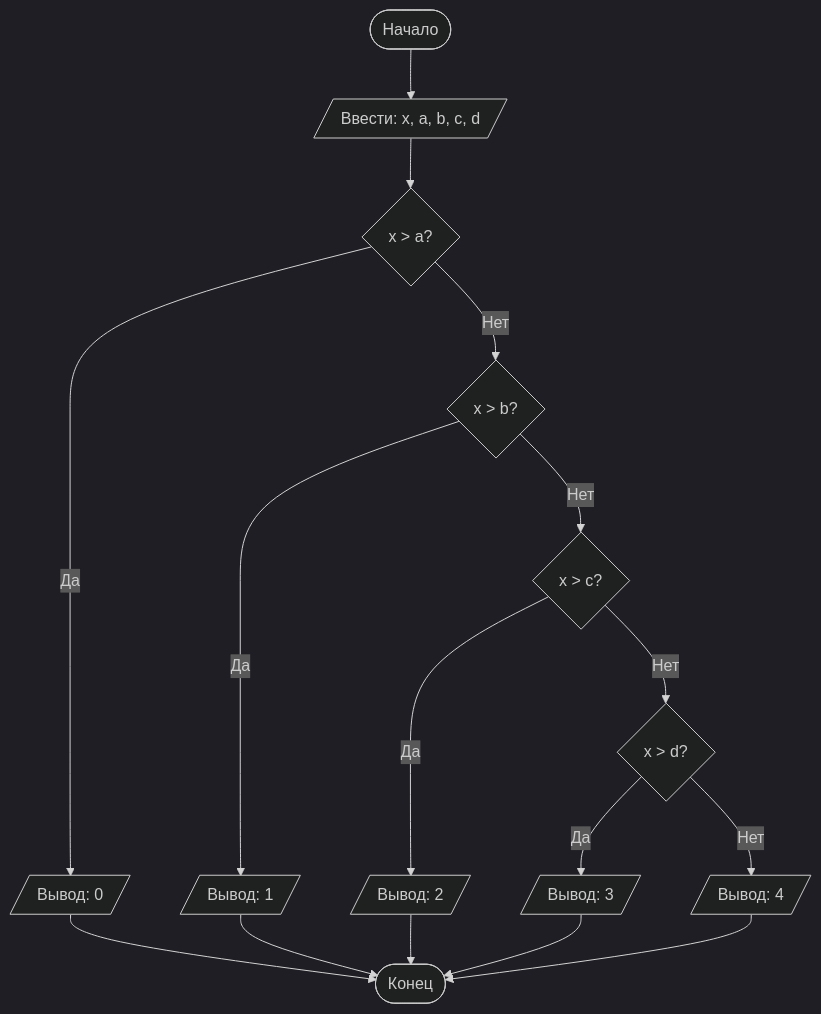
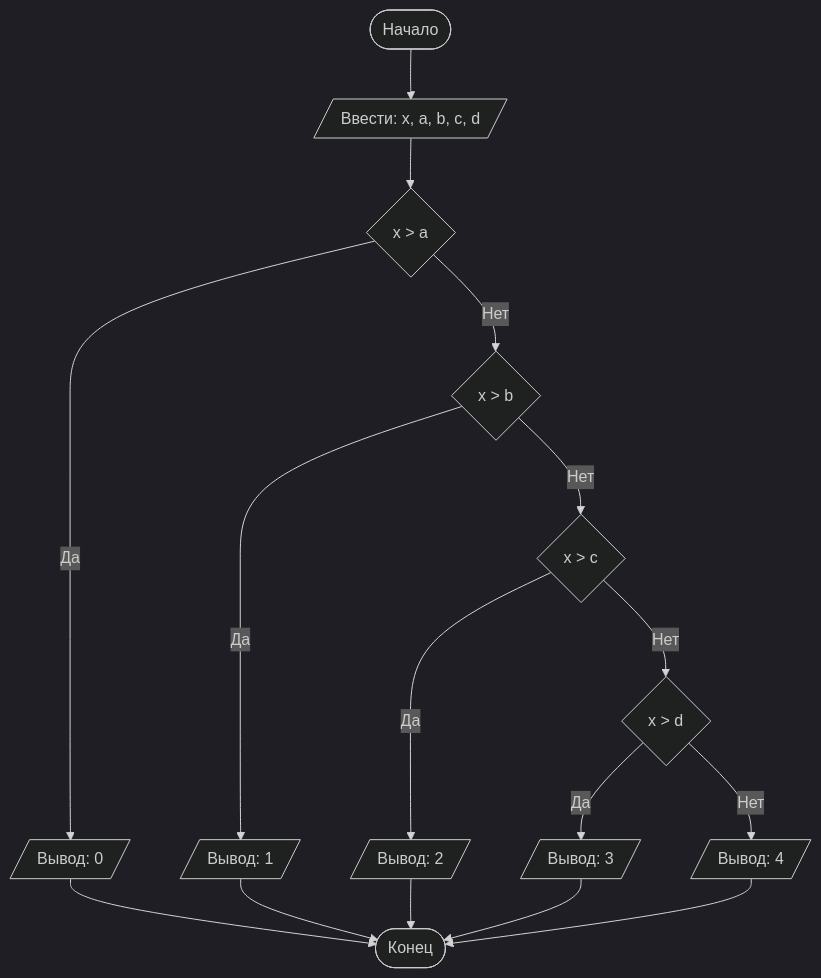
One commit to gavrilovv/learn changed the diagram in README.md. Above: the diagram before and after it, drawn with Mermaid (dark theme). The commit also changed other lines of this file and 1 other file, not shown here.

````diff
--- a/README.md
+++ b/README.md
@@ -86,19 +86,18 @@
 ```mermaid
 graph TD
     A([Начало]) --> B[/Ввести: x, a, b, c, d/]
-    B --> C{x > a?}
+    B --> C{x > a}
     C -- Да --> D[/Вывод: 0/]
-    C -- Нет --> E{x > b?}
+    C -- Нет --> E{x > b}
     E -- Да --> F[/Вывод: 1/]
-    E -- Нет --> G{x > c?}
+    E -- Нет --> G{x > c}
     G -- Да --> H[/Вывод: 2/]
-    G -- Нет --> I{x > d?}
+    G -- Нет --> I{x > d}
     I -- Да --> J[/Вывод: 3/]
     I -- Нет --> K[/Вывод: 4/]
     D --> Z([Конец])
     F --> Z
     H --> Z
     J --> Z
     K --> Z
-
 ```
````
